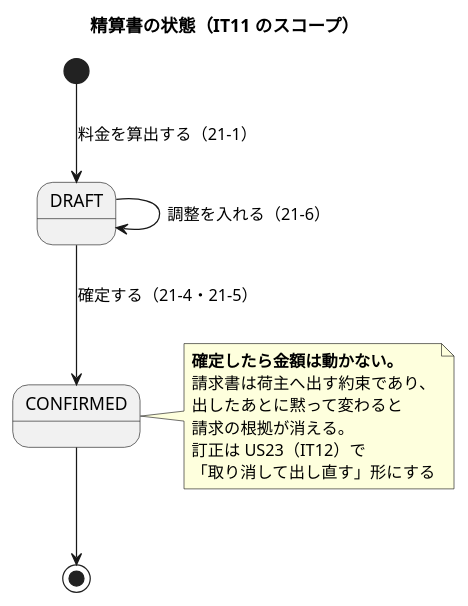
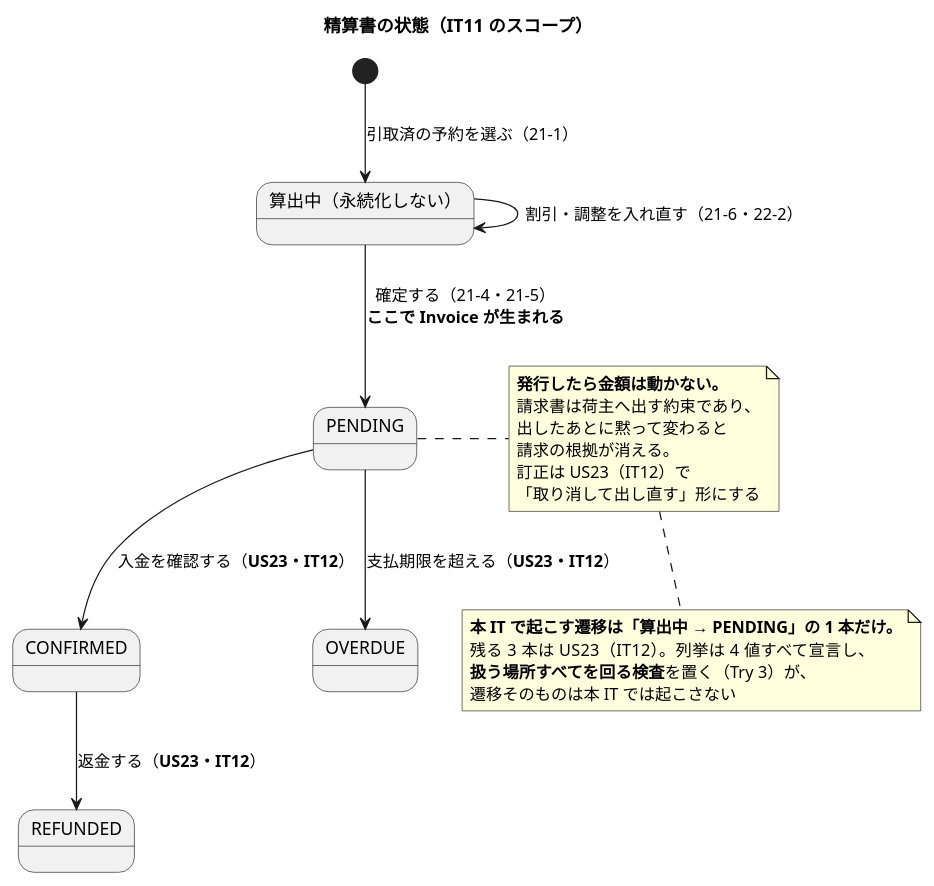
The second of 4 diagrams in docs/development/iteration_plan-11.md (k2works/case-study-cargo-tracker), drawn with PlantUML before and after one commit. The commit also changed other lines of this file, not shown here.

````diff
--- a/docs/development/iteration_plan-11.md
+++ b/docs/development/iteration_plan-11.md
@@ -150,20 +196,30 @@
 ```plantuml
 @startuml
 title 精算書の状態（IT11 のスコープ）
 
-[*] --> DRAFT : 料金を算出する（21-1）
-DRAFT --> DRAFT : 調整を入れる（21-6）
-DRAFT --> CONFIRMED : 確定する（21-4・21-5）
-CONFIRMED --> [*]
+state "算出中（永続化しない）" as calc
+[*] --> calc : 引取済の予約を選ぶ（21-1）
+calc --> calc : 割引・調整を入れ直す（21-6・22-2）
+calc --> PENDING : 確定する（21-4・21-5）\n**ここで Invoice が生まれる**
+PENDING --> CONFIRMED : 入金を確認する（**US23・IT12**）
+PENDING --> OVERDUE : 支払期限を超える（**US23・IT12**）
+CONFIRMED --> REFUNDED : 返金する（**US23・IT12**）
 
-note right of CONFIRMED
-  **確定したら金額は動かない。**
+note right of PENDING
+  **発行したら金額は動かない。**
   請求書は荷主へ出す約束であり、
   出したあとに黙って変わると
   請求の根拠が消える。
   訂正は US23（IT12）で
   「取り消して出し直す」形にする
 end note
 
+note bottom
+  **本 IT で起こす遷移は「算出中 → PENDING」の 1 本だけ。**
+  残る 3 本は US23（IT12）。列挙は 4 値すべて宣言し、
+  **扱う場所すべてを回る検査**を置く（Try 3）が、
+  遷移そのものは本 IT では起こさない
+end note
+
 @enduml
 ```
````
